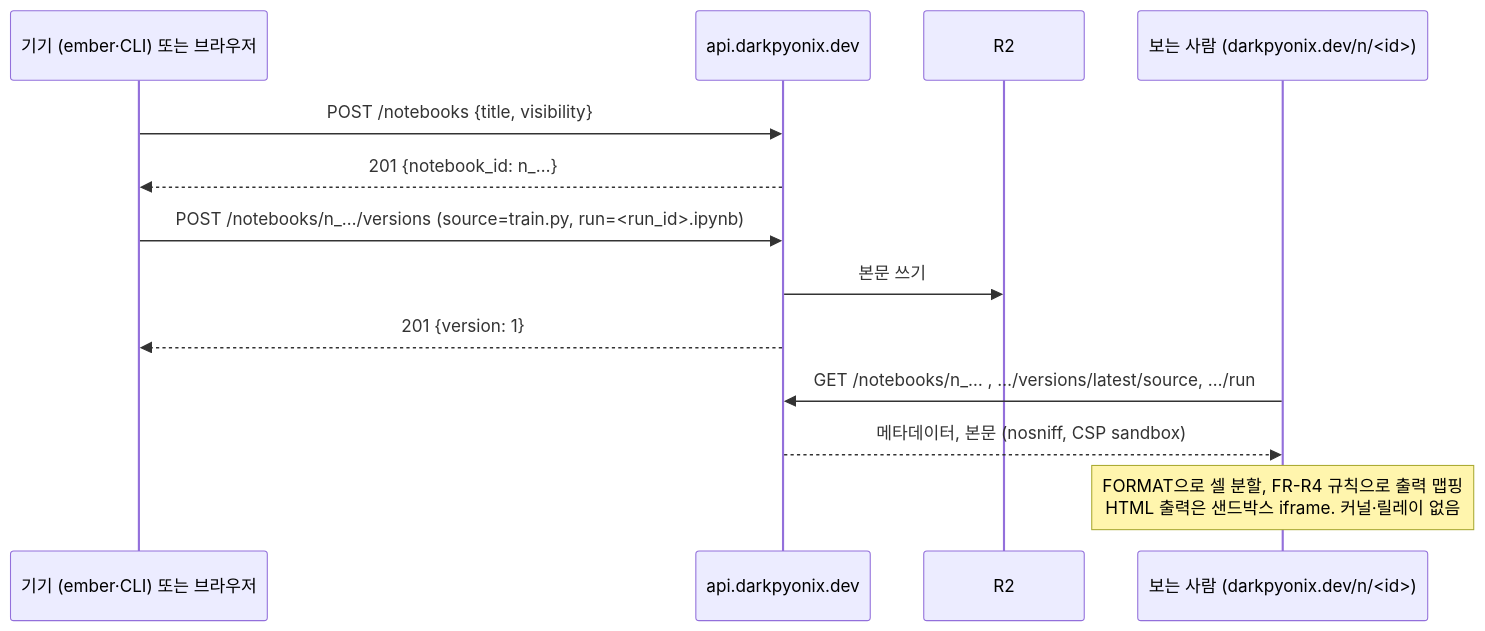
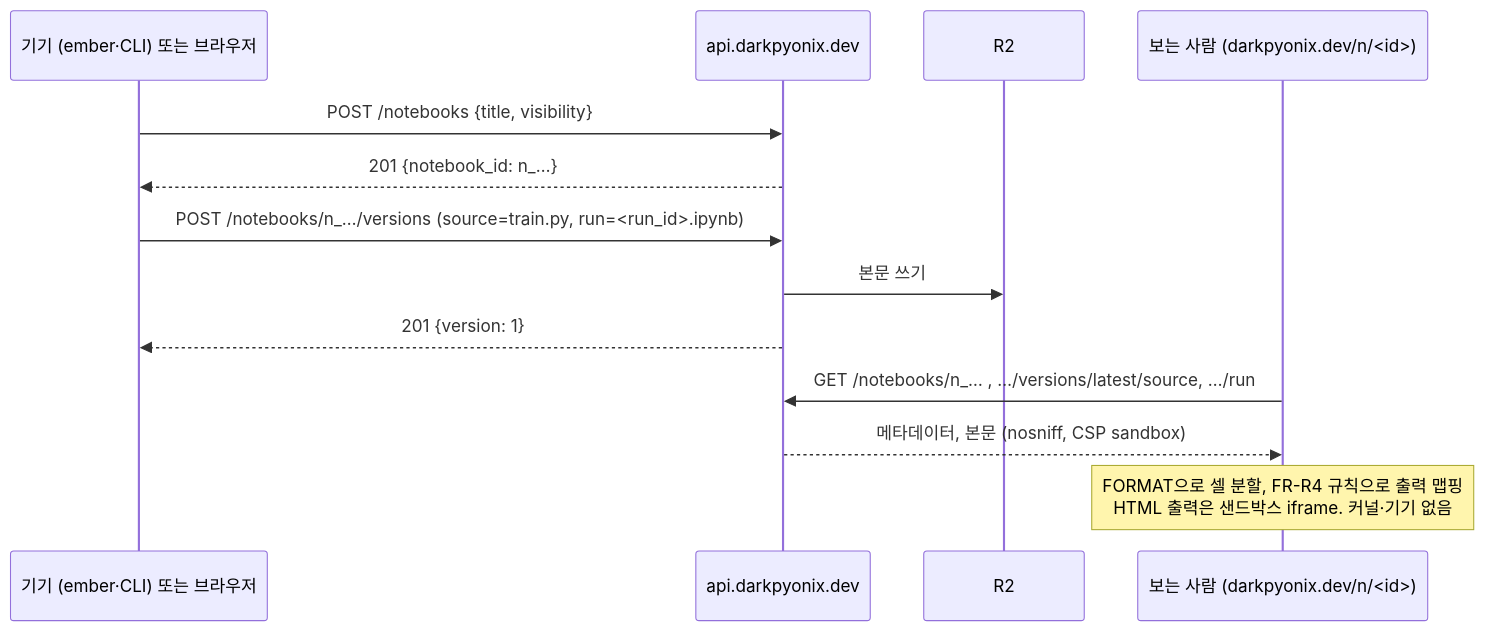
One commit to DarkPyonix/darkpyonix changed the eighth of 9 diagrams in docs/ARCHITECTURE.md. Above: the diagram before and after it, drawn with Mermaid. The commit also changed other lines of this file and 3 other files, not shown here.

Commit message:
Docs: Close PROJECT Q9, add Q19 to Q21 and drop the hub relay from ARCHITECTURE (INTENT D23)

````diff
--- a/docs/ARCHITECTURE.md
+++ b/docs/ARCHITECTURE.md
@@ -261,16 +260,16 @@
 ```mermaid
 sequenceDiagram
   participant C as 기기 (ember·CLI) 또는 브라우저
   participant A as api.darkpyonix.dev
   participant R2 as R2
   participant V as 보는 사람 (darkpyonix.dev/n/<id>)
 
   C->>A: POST /notebooks {title, visibility}
   A-->>C: 201 {notebook_id: n_…}
   C->>A: POST /notebooks/n_…/versions (source=train.py, run=<run_id>.ipynb)
   A->>R2: 본문 쓰기
   A-->>C: 201 {version: 1}
   V->>A: GET /notebooks/n_… , …/versions/latest/source, …/run
   A-->>V: 메타데이터, 본문 (nosniff, CSP sandbox)
-  Note over V: FORMAT으로 셀 분할, FR-R4 규칙으로 출력 맵핑<br/>HTML 출력은 샌드박스 iframe. 커널·릴레이 없음
+  Note over V: FORMAT으로 셀 분할, FR-R4 규칙으로 출력 맵핑<br/>HTML 출력은 샌드박스 iframe. 커널·기기 없음
 ```
````
